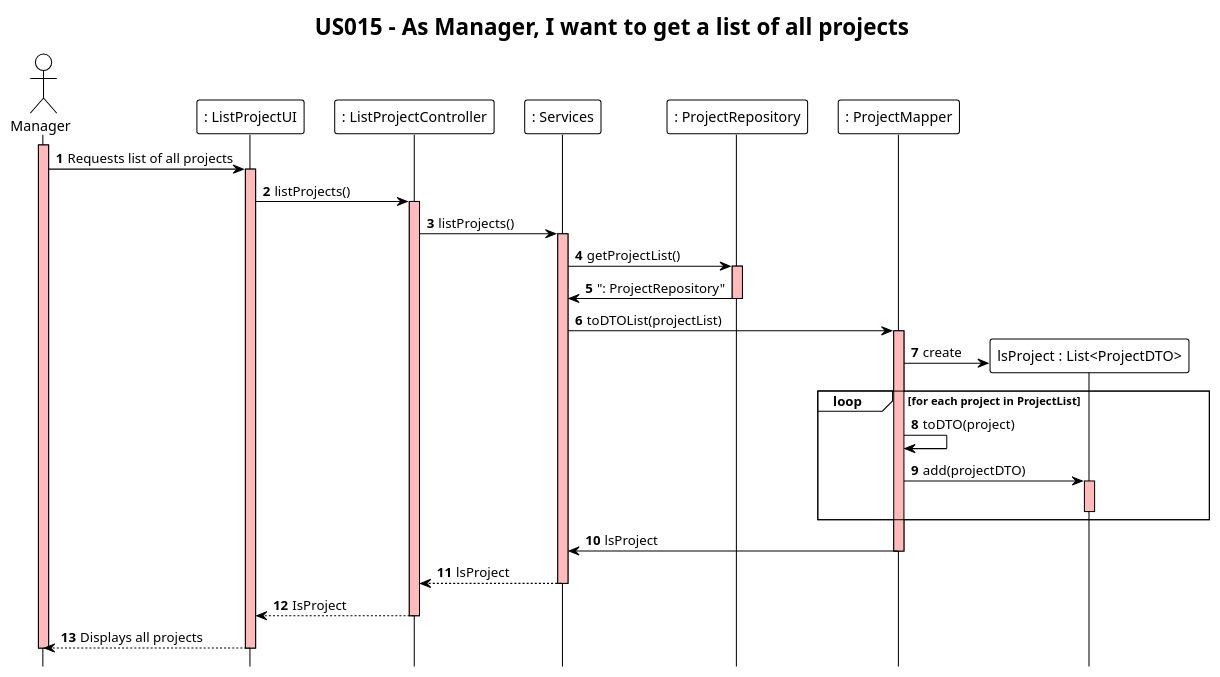
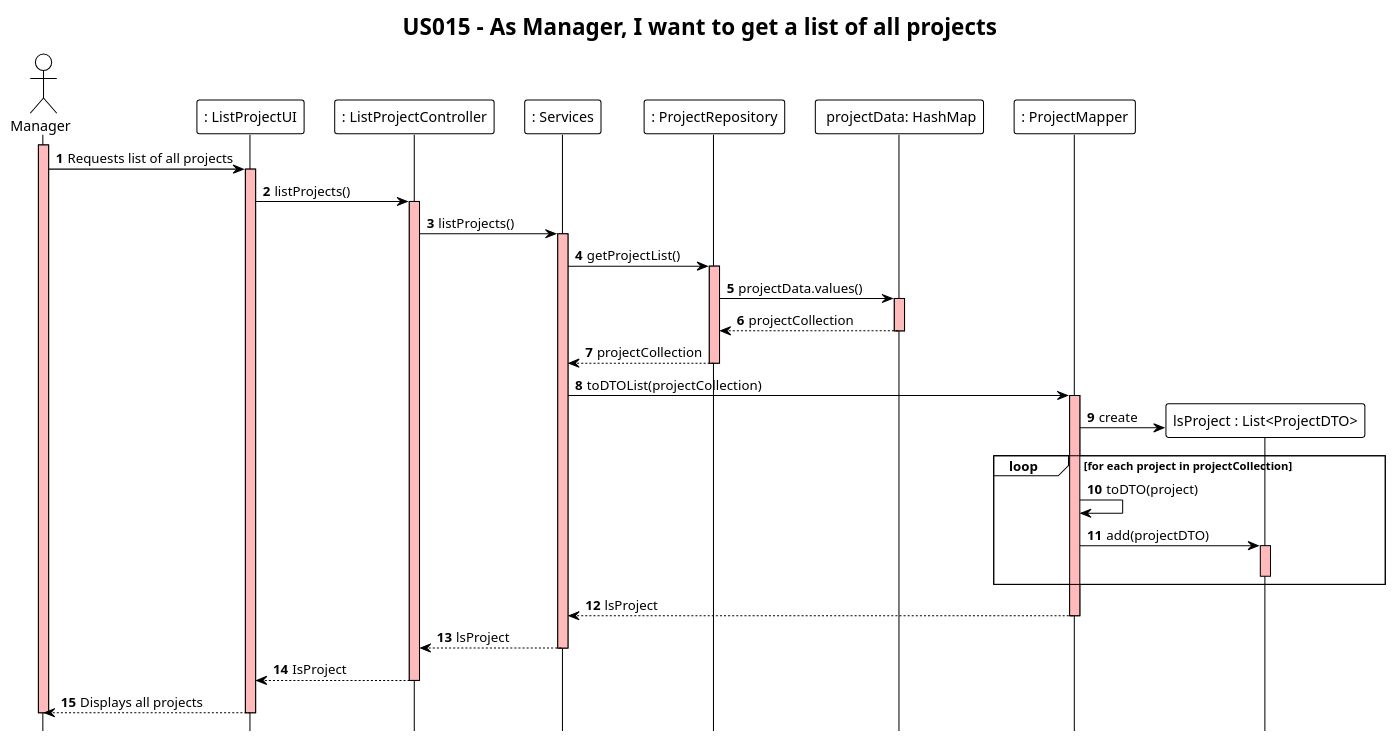
The diagram in docs/modelling_design/user_stories/us015/US015_ListAllProjectsSD(DDD).puml (ivo-menezes/project_g3), drawn with PlantUML before and after one commit.

Commit message:
US015: Design : ListAllProjectsSD(DDD) (Update) (Addresses #56)

```diff
--- a/docs/modelling_design/user_stories/us015/US015_ListAllProjectsSD(DDD).puml
+++ b/docs/modelling_design/user_stories/us015/US015_ListAllProjectsSD(DDD).puml
@@ -1,54 +1,58 @@
 @startuml
 !theme plain
 autonumber
 hide footbox
 title "US015 - As Manager, I want to get a list of all projects"
 
 actor Manager as Manager
 participant ": ListProjectUI" as UI
 participant ": ListProjectController" as Controller
 participant ": Services" as Services
 participant ": ProjectRepository" as ProjectRepository
+participant " projectData: HashMap" as projectData
 participant ": ProjectMapper" as Mapper
 participant "lsProject : List<ProjectDTO>" as DTOList
 
 activate Manager #FFBBBB
 Manager -> UI: Requests list of all projects
 
 activate UI #FFBBBB
 UI -> Controller: listProjects()
 activate Controller #FFBBBB
 Controller -> Services: listProjects()
 
 activate Services #FFBBBB
 Services -> ProjectRepository : getProjectList()
 activate ProjectRepository #FFBBBB
-
-ProjectRepository -> Services : ": ProjectRepository"
+ProjectRepository -> projectData: projectData.values()
+activate projectData #FFBBBB
+projectData --> ProjectRepository: projectCollection
+deactivate projectData
+ProjectRepository --> Services : projectCollection
 deactivate ProjectRepository
 
-Services -> Mapper : toDTOList(projectList)
+Services -> Mapper : toDTOList(projectCollection)
 activate Mapper #FFBBBB
 
 Mapper -> DTOList ** : create
 
-loop for each project in ProjectList
+loop for each project in projectCollection
 Mapper -> Mapper : toDTO(project)
 Mapper -> DTOList : add(projectDTO)
 activate DTOList #FFBBBB
 deactivate DTOList
 end
 
-Mapper -> Services : lsProject
+Mapper --> Services : lsProject
 deactivate Mapper
 
 Services --> Controller : lsProject
 deactivate Services
 
 Controller --> UI : IsProject
 deactivate Controller
 
 UI --> Manager: Displays all projects
 deactivate UI
 deactivate Manager #FFBBBB
 @enduml
```
